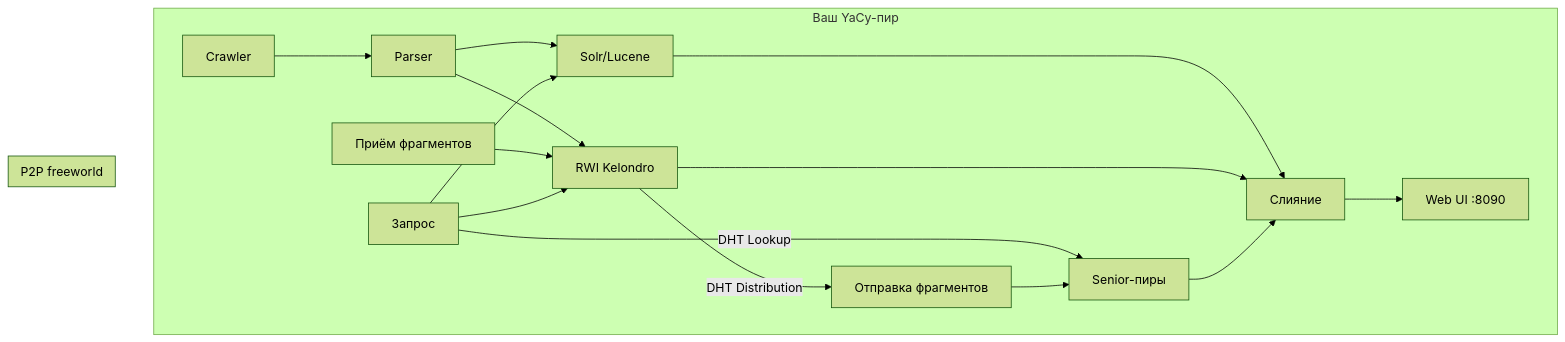
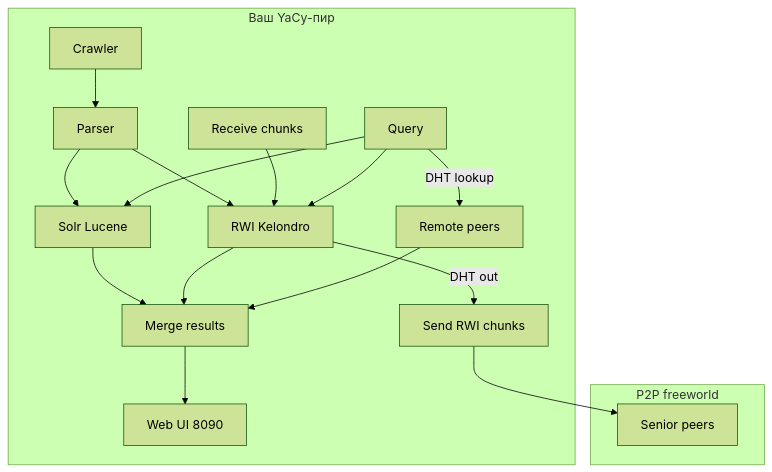
One commit to evgeniy-borisov/vairl changed the first of 5 diagrams in _posts/2026-07-05-yacy-decentralized-search-engine-ru.md. Above: the diagram before and after it, drawn with Mermaid (forest theme). The commit also changed other lines of this file and 4 other files, not shown here.

Commit message:
Подключить Mermaid на блоге и расширить разбор YaCy про DHT, RWI и P2P.

````diff
--- a/_posts/2026-07-05-yacy-decentralized-search-engine-ru.md
+++ b/_posts/2026-07-05-yacy-decentralized-search-engine-ru.md
@@ -51,23 +52,23 @@
 ```mermaid
 flowchart TB
     subgraph peer [Ваш YaCy-пир]
         C[Crawler] --> P[Parser]
-        P --> S[Solr/Lucene]
+        P --> S[Solr Lucene]
         P --> R[RWI Kelondro]
-        R -->|DHT Distribution| OUT[Отправка фрагментов]
-        IN[Приём фрагментов] --> R
-        Q[Запрос] --> S
+        R -->|DHT out| OUT[Send RWI chunks]
+        IN[Receive chunks] --> R
+        Q[Query] --> S
         Q --> R
-        Q -->|DHT Lookup| NET
-        S --> MERGE[Слияние]
+        Q -->|DHT lookup| REM[Remote peers]
+        S --> MERGE[Merge results]
         R --> MERGE
-        NET --> MERGE
-        MERGE --> UI[Web UI :8090]
+        REM --> MERGE
+        MERGE --> UI[Web UI 8090]
     end
 
     subgraph network [P2P freeworld]
-        NET[Senior-пиры]
+        SEN[Senior peers]
     end
 
-    OUT --> NET
+    OUT --> SEN
 ```
````
